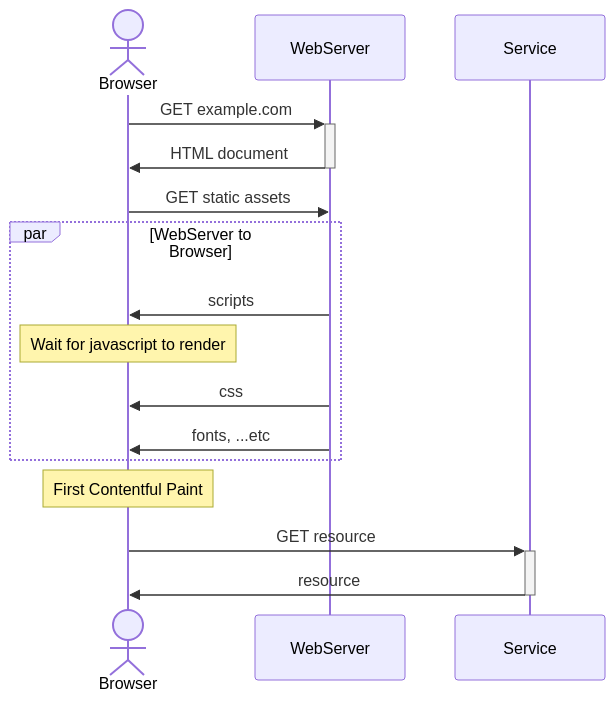
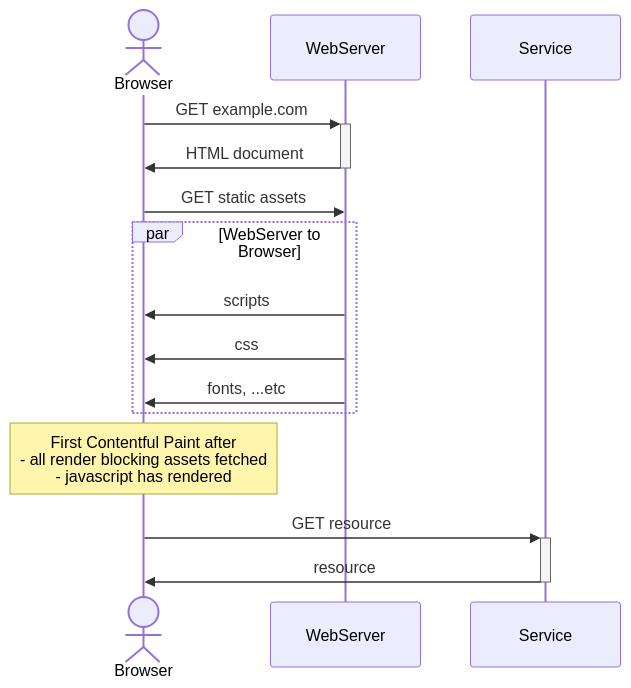
Before and after one commit to wenchonglee/paradigms: the second of 4 diagrams in README.md, drawn with Mermaid. The commit also changed other lines of this file and 9 other files, not shown here.

````diff
--- a/README.md
+++ b/README.md
@@ -198,16 +182,15 @@
 ```mermaid
 sequenceDiagram
     actor Browser
     Browser->>+WebServer: GET example.com
     WebServer->>-Browser: HTML document
     Browser->>WebServer: GET static assets
     par WebServer to Browser
       WebServer->>Browser: scripts
-      Note over Browser: Wait for javascript to render
       WebServer->>Browser: css
       WebServer->>Browser: fonts, ...etc
     end
-    Note over Browser: First Contentful Paint
+    Note over Browser: First Contentful Paint after <br /> - all render blocking assets fetched <br /> - javascript has rendered
     Browser->>+Service: GET resource
     Service->>-Browser: resource
 ```
````
